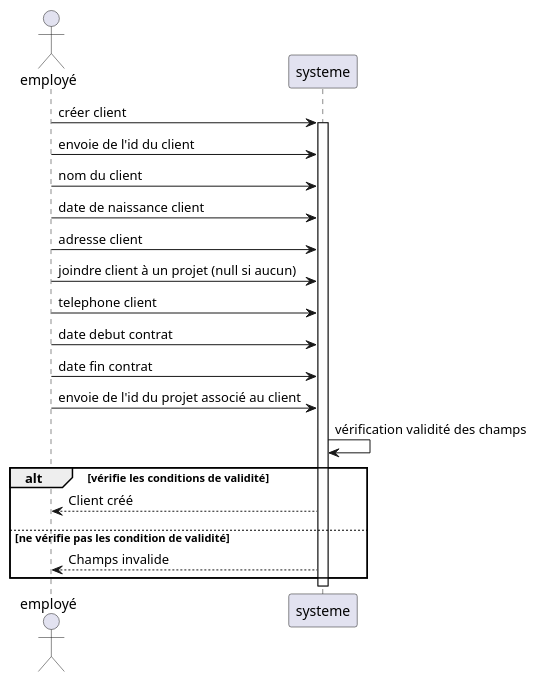
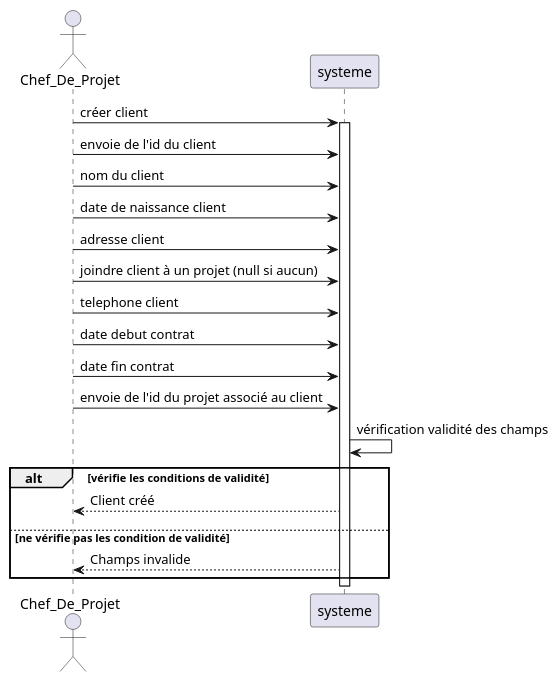
The diagram in doc/Diagrammes_sequence/UC_creer_client.plantuml (Xuxin2333/ptut-v1), drawn with PlantUML before and after one commit.

Commit message:
Changement acteur Chef de projet

```diff
--- a/doc/Diagrammes_sequence/UC_creer_client.plantuml
+++ b/doc/Diagrammes_sequence/UC_creer_client.plantuml
@@ -1,29 +1,29 @@
 @startuml
 ' diagramme de séquences systeme pour use case "créer client"
 
-actor employé
+actor Chef_De_Projet
 
-employé -> systeme : créer client
+Chef_De_Projet -> systeme : créer client
 
 activate systeme
 
-employé -> systeme : envoie de l'id du client
-employé -> systeme : nom du client
-employé -> systeme : date de naissance client
-employé -> systeme : adresse client
-employé -> systeme : joindre client à un projet (null si aucun)
-employé -> systeme : telephone client
-employé -> systeme : date debut contrat
-employé -> systeme : date fin contrat
-employé -> systeme : envoie de l'id du projet associé au client 
+Chef_De_Projet -> systeme : envoie de l'id du client
+Chef_De_Projet -> systeme : nom du client
+Chef_De_Projet -> systeme : date de naissance client
+Chef_De_Projet -> systeme : adresse client
+Chef_De_Projet -> systeme : joindre client à un projet (null si aucun)
+Chef_De_Projet -> systeme : telephone client
+Chef_De_Projet -> systeme : date debut contrat
+Chef_De_Projet -> systeme : date fin contrat
+Chef_De_Projet -> systeme : envoie de l'id du projet associé au client 
 
 systeme -> systeme : vérification validité des champs
 
 alt vérifie les conditions de validité
-systeme --> employé : Client créé
+systeme --> Chef_De_Projet : Client créé
 ||10||
 else ne vérifie pas les condition de validité 
-systeme --> employé : Champs invalide
+systeme --> Chef_De_Projet : Champs invalide
 end
 
 @enduml
```
